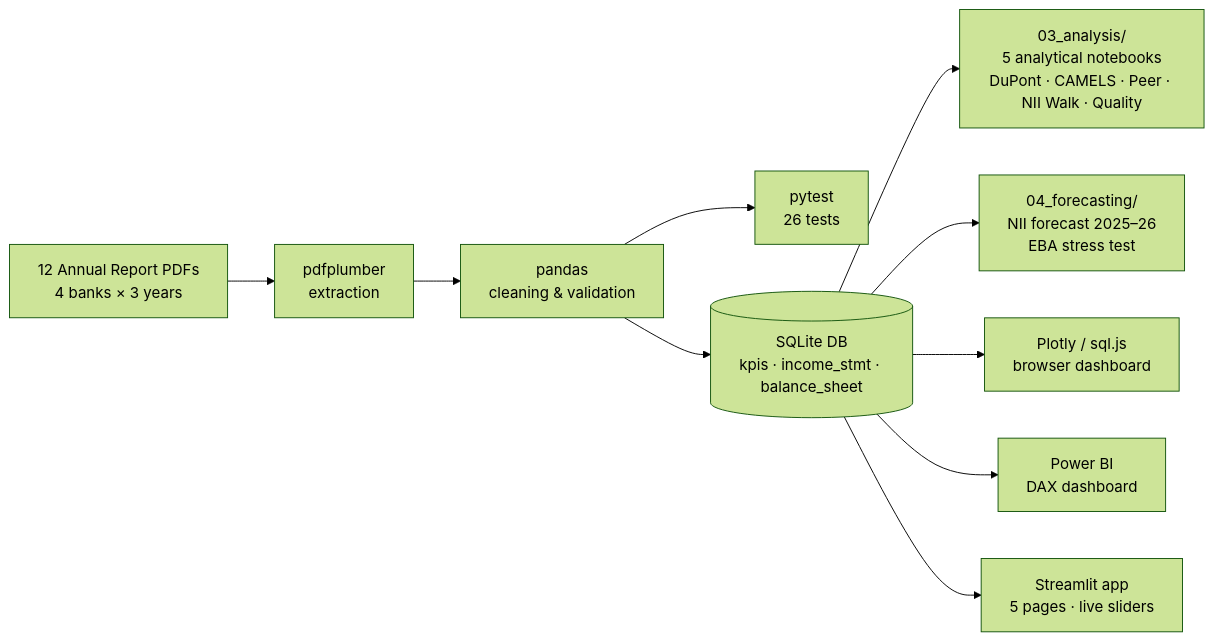
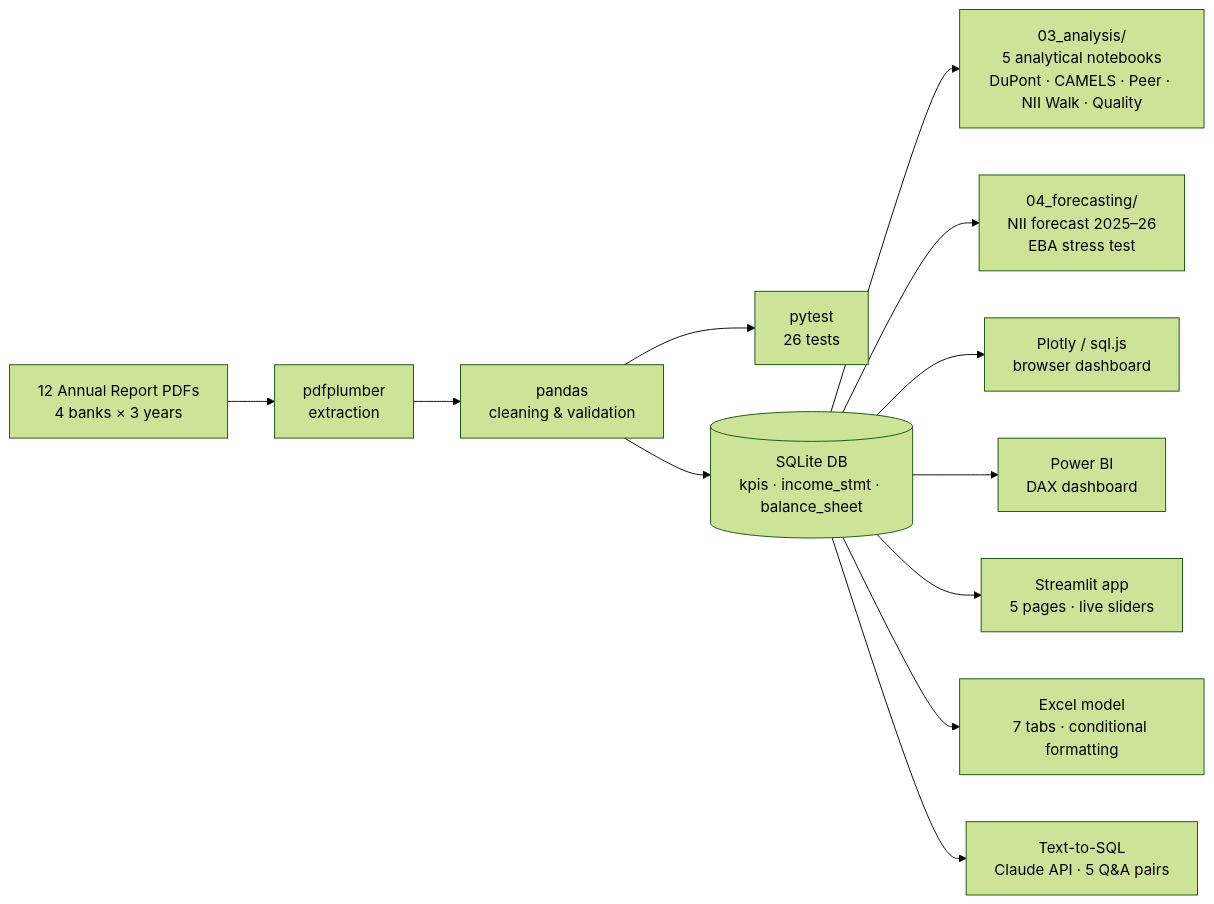
One commit to papastergiousp-maker/ETL_Pipelines changed the diagram in README.md. Above: the diagram before and after it, drawn with Mermaid (forest theme). The commit also changed other lines of this file and 5 other files, not shown here.

First line of the commit message:
feat: add Text-to-SQL notebook (P1.5) and Excel financial model (P1.3)

````diff
--- a/README.md
+++ b/README.md
@@ -55,12 +57,14 @@
 ```mermaid
 flowchart LR
     PDFs["12 Annual Report PDFs\n4 banks × 3 years"] --> extract["pdfplumber\nextraction"]
     extract --> clean["pandas\ncleaning & validation"]
     clean --> tests["pytest\n26 tests"]
     clean --> SQLite[("SQLite DB\nkpis · income_stmt · balance_sheet")]
     SQLite --> analysis["03_analysis/\n5 analytical notebooks\nDuPont · CAMELS · Peer · NII Walk · Quality"]
     SQLite --> forecast["04_forecasting/\nNII forecast 2025–26\nEBA stress test"]
     SQLite --> html["Plotly / sql.js\nbrowser dashboard"]
     SQLite --> powerbi["Power BI\nDAX dashboard"]
     SQLite --> streamlit["Streamlit app\n5 pages · live sliders"]
+    SQLite --> excel["Excel model\n7 tabs · conditional formatting"]
+    SQLite --> llm["Text-to-SQL\nClaude API · 5 Q&A pairs"]
 ```
````
